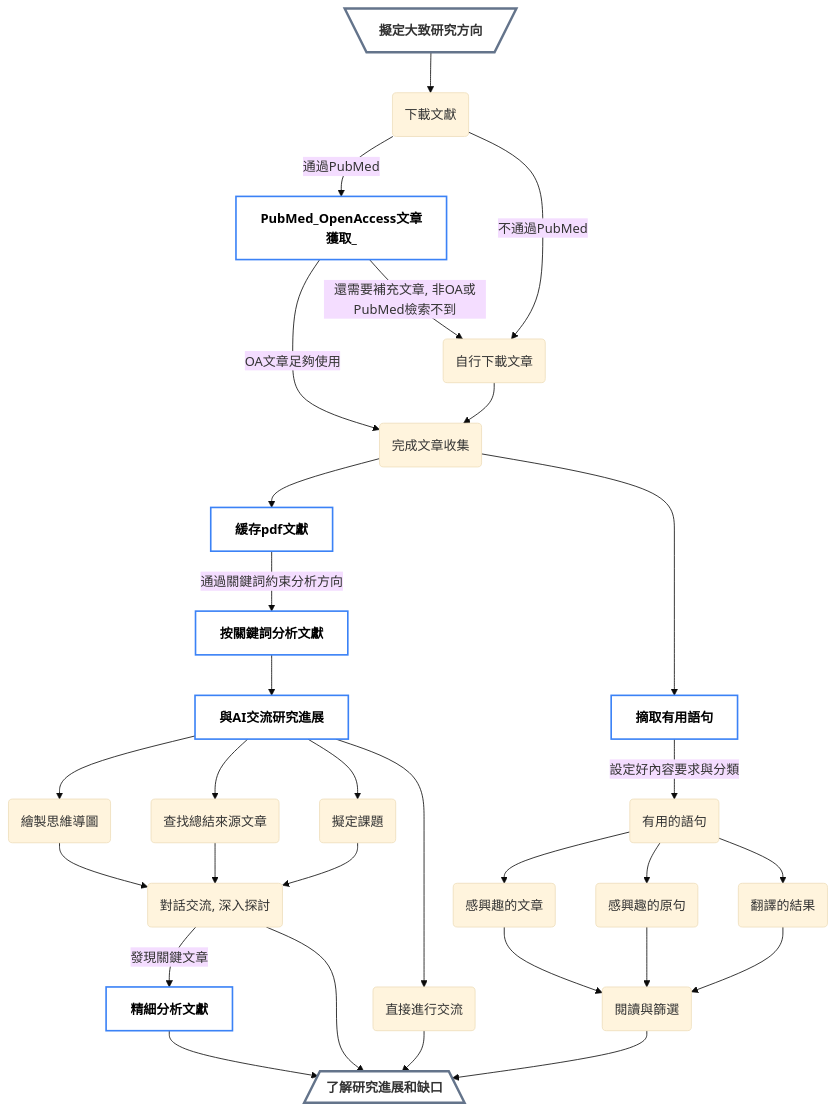
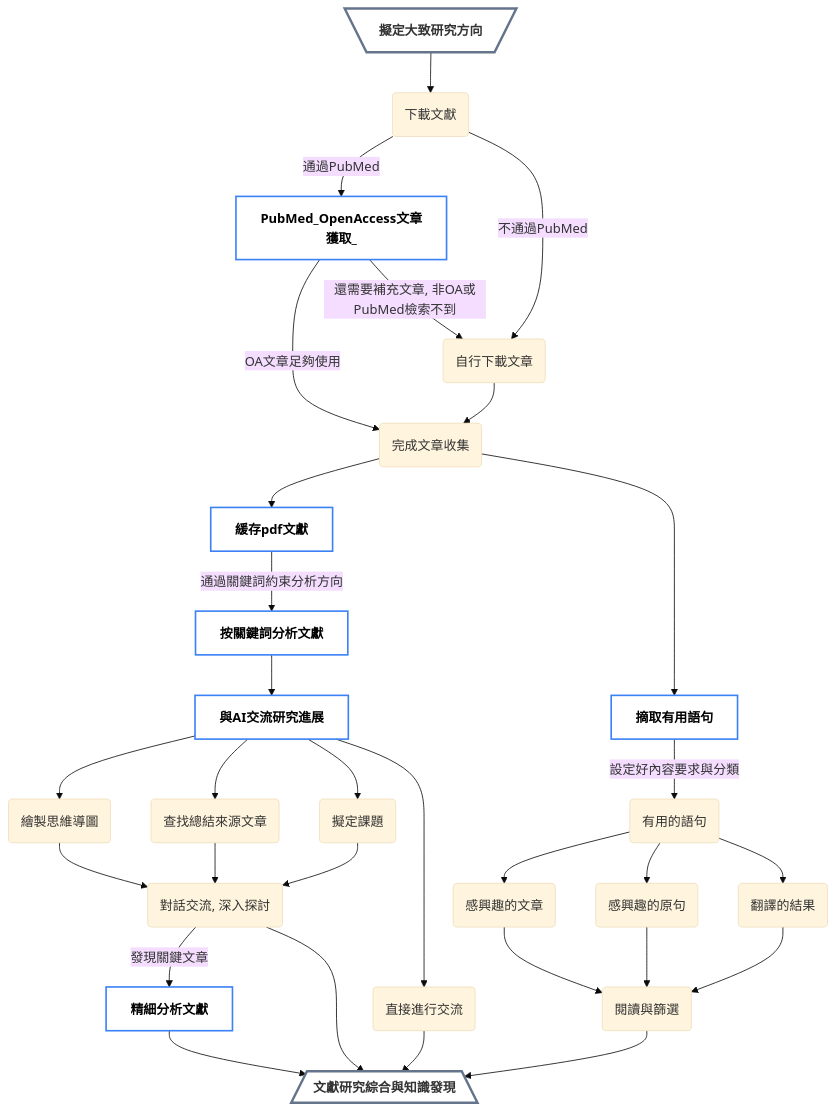
Before and after one commit to PureAmaya/scholar_navis: the diagram in readme-zh_Hant.md, drawn with Mermaid (base theme). The commit also changed other lines of this file and 141 other files, not shown here.

````diff
--- a/readme-zh_Hant.md
+++ b/readme-zh_Hant.md
@@ -161,29 +167,29 @@
 ```mermaid
 flowchart TD
 A[\擬定大致研究方向/] --> B(下載文獻)
 B -->|通過PubMed| C[PubMed_OpenAccess文章獲取_]
 B -->|不通過PubMed| D(自行下載文章)
 C --> |OA文章足夠使用| preE(完成文章收集)
 preE --> E[緩存pdf文獻]
 C --> |還需要補充文章, 非OA或PubMed檢索不到| D
 
 D --> preE
 E --> |通過關鍵詞約束分析方向 | F[按關鍵詞分析文獻]
 F --> G[與AI交流研究進展]
 G --> G1(繪製思維導圖) & G2(查找總結來源文章) & G3(擬定課題) & G4(直接進行交流)
 G1 & G2 & G3 --> H(對話交流, 深入探討)
 H --> |發現關鍵文章| J[精細分析文獻]
 
 preE --> extract1[摘取有用語句]
 extract1 --> |設定好內容要求與分類| extract2(有用的語句)
 extract2 --> extract_title(感興趣的文章) & extract_sentences(感興趣的原句) & extract_trans(翻譯的結果)
 extract_title & extract_sentences & extract_trans --> extract3(閱讀與篩選)
 
-H & J & G4 & extract3--> I[/了解研究進展和缺口\]
+H & J & G4 & extract3--> I[/文獻研究綜合與知識發現\]
 
 class C,E,F,G,J,extract1 function;
 class A,I start_and_termination;
 
 classDef function fill:#ffffff, stroke:#3b82f6, stroke-width:2px, color:#000, font-weight:bold;
 classDef start_and_termination fill:#ffffff, stroke:#64748b, stroke-width:3px, font-weight:bold;
 ```
````
